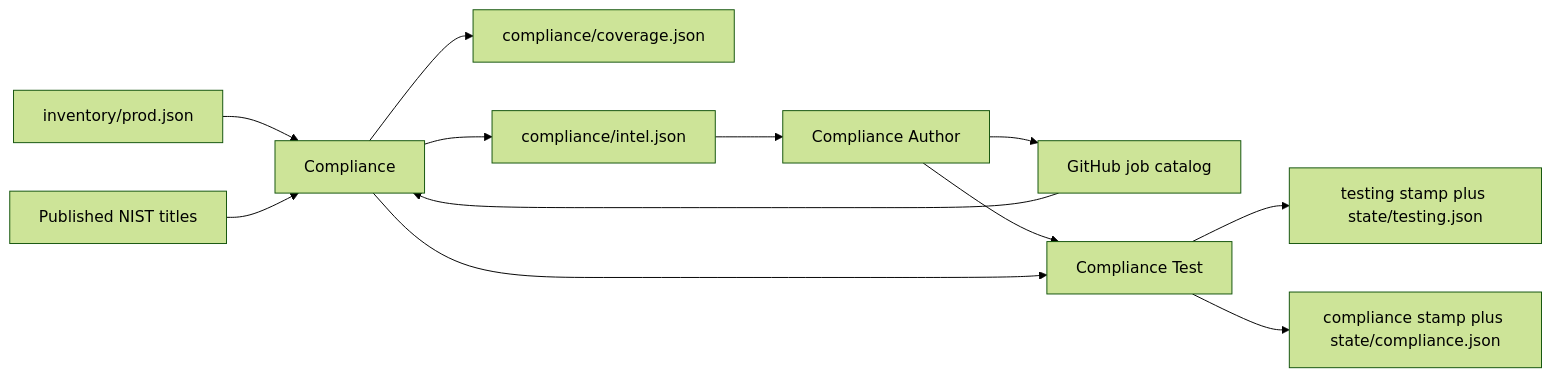
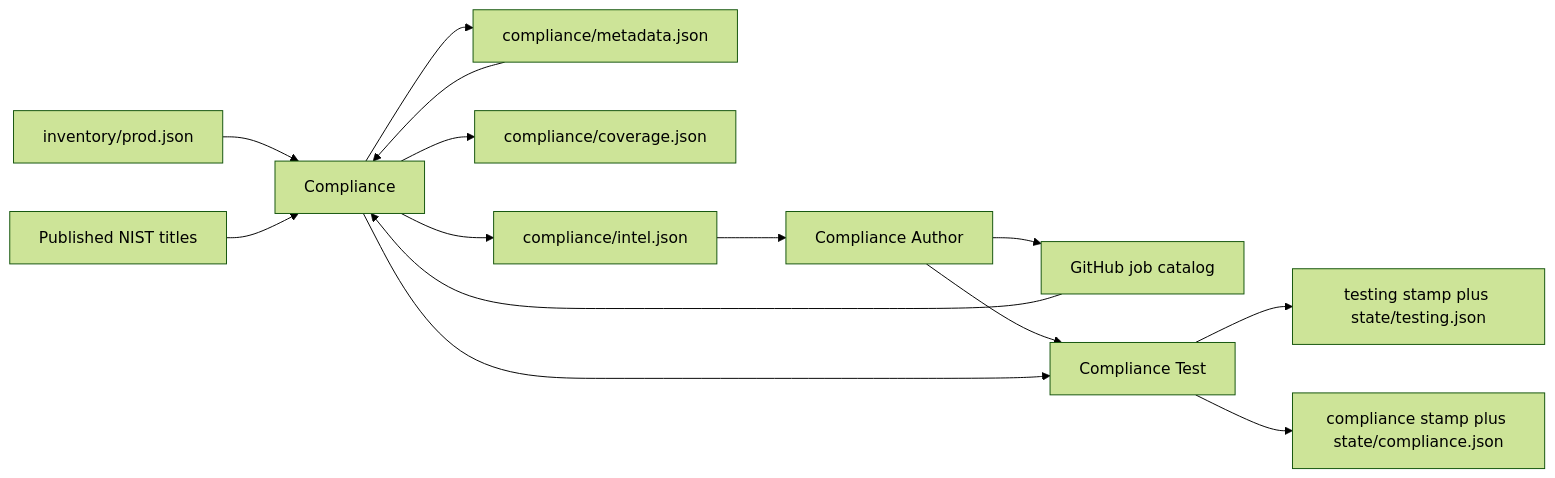
One commit to Presidio-Federal/ai-studio-netops changed the diagram in documentation/compliance-agents.md. Above: the diagram before and after it, drawn with Mermaid (forest theme). The commit also changed other lines of this file and 23 other files, not shown here.

````diff
--- a/documentation/compliance-agents.md
+++ b/documentation/compliance-agents.md
@@ -12,24 +14,27 @@
 ```mermaid
 flowchart LR
   Estate[inventory/prod.json]
   Git[GitHub job catalog]
   NIST[Published NIST titles]
+  Meta[compliance/metadata.json]
   CI[Compliance]
   Cover[compliance/coverage.json]
   Intel[compliance/intel.json]
   CA[Compliance Author]
   CT[Compliance Test]
   Testing[testing stamp plus state/testing.json]
   CompRun[compliance stamp plus state/compliance.json]
   Estate --> CI
   Git --> CI
   NIST --> CI
+  Meta --> CI
   CI --> Cover
   CI --> Intel
+  CI --> Meta
   Intel --> CA
   CA --> Git
   CA --> CT
   CI --> CT
   CT --> Testing
   CT --> CompRun
 ```
````
